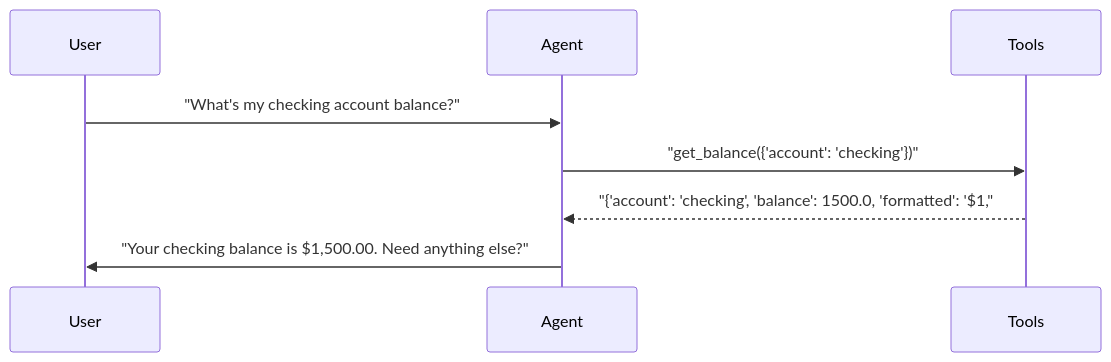
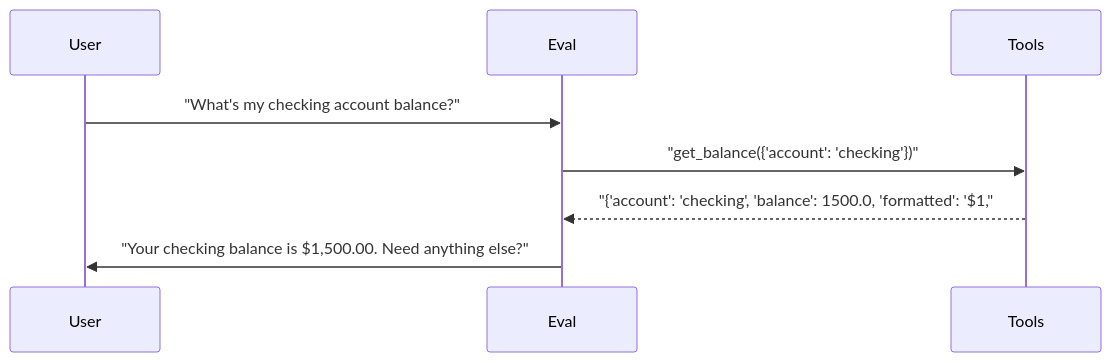
One commit to sbroenne/pytest-skill-engineering changed the third of 8 diagrams in docs/reports/06_model_prompt_matrix.md. Above: the diagram before and after it, drawn with Mermaid. The commit also changed other lines of this file and 155 other files, not shown here.

````diff
--- a/docs/reports/06_model_prompt_matrix.md
+++ b/docs/reports/06_model_prompt_matrix.md
@@ -248,11 +248,11 @@
 ```mermaid
 sequenceDiagram
     participant User
-    participant Agent
+    participant Eval
     participant Tools
 
-    User->>Agent: "What's my checking account balance?"
-    Agent->>Tools: "get_balance({'account': 'checking'})"
-    Tools-->>Agent: "{'account': 'checking', 'balance': 1500.0, 'formatted': '$1,"
-    Agent->>User: "Your checking balance is $1,500.00. Need anything else?"
+    User->>Eval: "What's my checking account balance?"
+    Eval->>Tools: "get_balance({'account': 'checking'})"
+    Tools-->>Eval: "{'account': 'checking', 'balance': 1500.0, 'formatted': '$1,"
+    Eval->>User: "Your checking balance is $1,500.00. Need anything else?"
 ```
````
